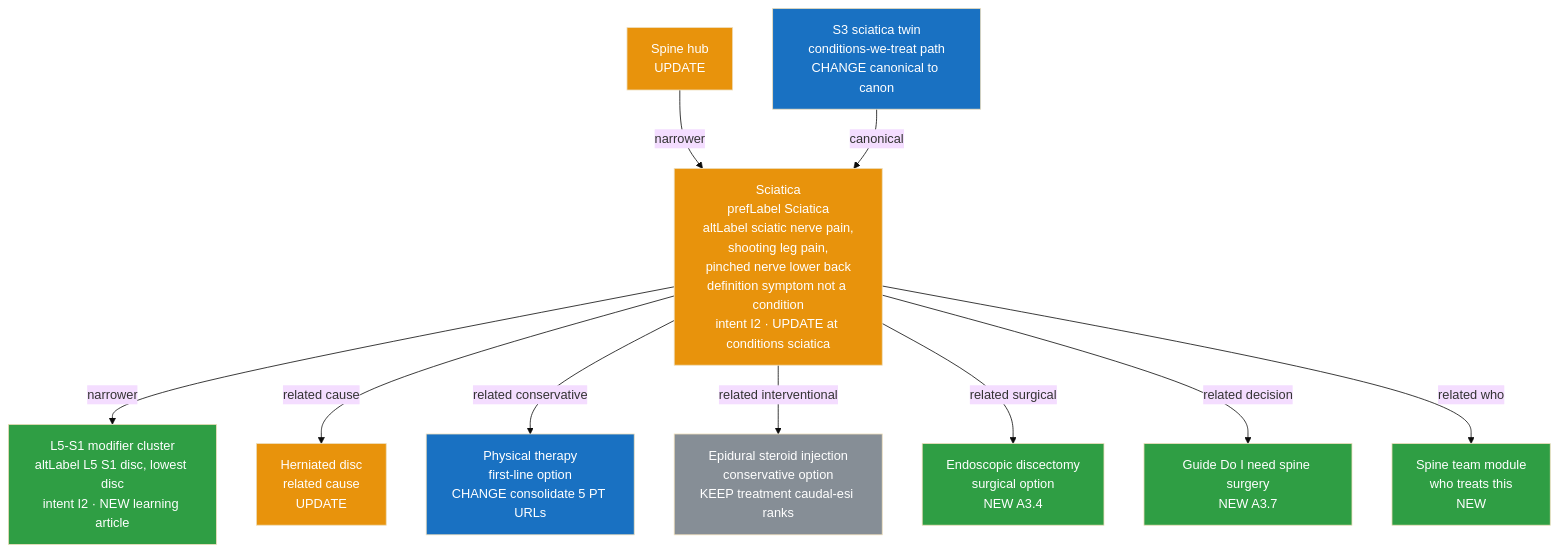
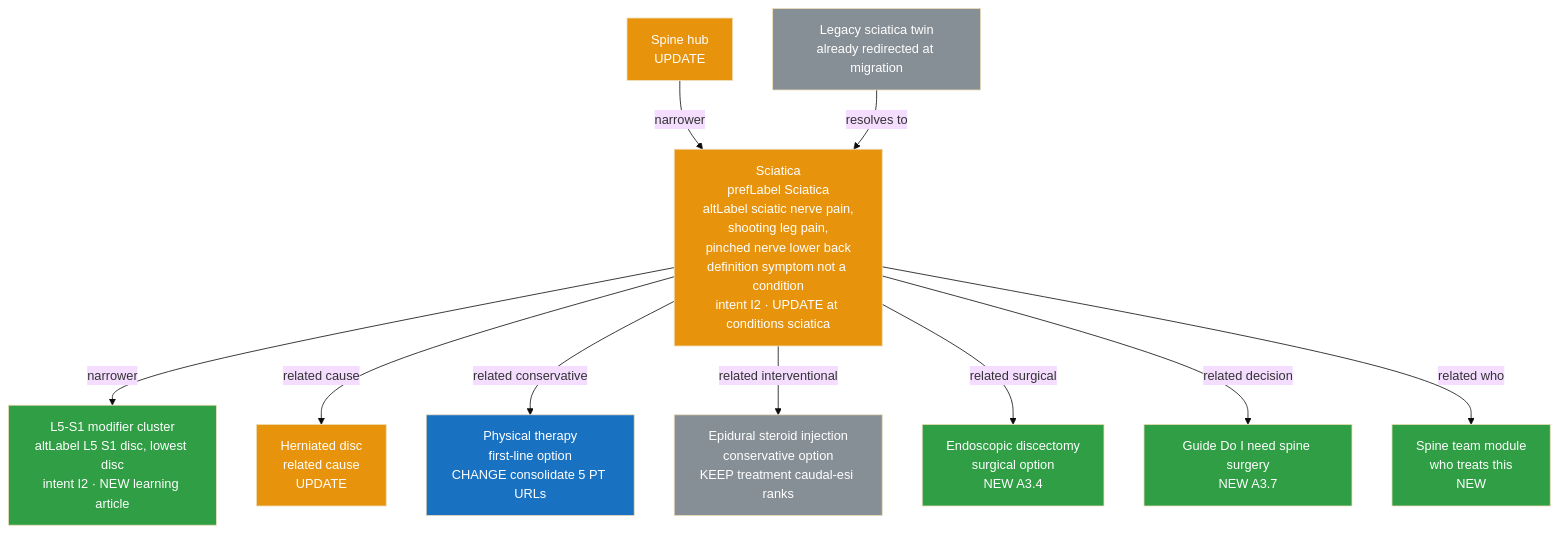
The fourth of 9 diagrams in playbooks/spine-semantic-model.md (JosephAndrewMacLean/SHP), drawn with Mermaid (base theme) before and after one commit. The commit also changed other lines of this file and 5 other files, not shown here.

First line of the commit message:
Correct the record: legacy duplicates were already redirected at migration

````diff
--- a/playbooks/spine-semantic-model.md
+++ b/playbooks/spine-semantic-model.md
@@ -206,32 +207,33 @@
 ```mermaid
 flowchart TD
     HUB[Spine hub<br/>UPDATE]
     SCI[Sciatica<br/>prefLabel Sciatica<br/>altLabel sciatic nerve pain,<br/>shooting leg pain,<br/>pinched nerve lower back<br/>definition symptom not a condition<br/>intent I2 · UPDATE at conditions sciatica]
-    SCITWIN[S3 sciatica twin<br/>conditions-we-treat path<br/>CHANGE canonical to canon]
+    SCITWIN[Legacy sciatica twin<br/>already redirected at migration]
     L5S1[L5-S1 modifier cluster<br/>altLabel L5 S1 disc, lowest disc<br/>intent I2 · NEW learning article]
     HERN[Herniated disc<br/>related cause<br/>UPDATE]
     ESI[Epidural steroid injection<br/>conservative option<br/>KEEP treatment caudal-esi ranks]
     ENDO[Endoscopic discectomy<br/>surgical option<br/>NEW A3.4]
     PT[Physical therapy<br/>first-line option<br/>CHANGE consolidate 5 PT URLs]
     GDO[Guide Do I need spine surgery<br/>NEW A3.7]
     TEAM[Spine team module<br/>who treats this<br/>NEW]
 
     HUB -->|narrower| SCI
-    SCITWIN -->|canonical| SCI
+    SCITWIN -->|resolves to| SCI
     SCI -->|narrower| L5S1
     SCI -->|related cause| HERN
     SCI -->|related conservative| PT
     SCI -->|related interventional| ESI
     SCI -->|related surgical| ENDO
     SCI -->|related decision| GDO
     SCI -->|related who| TEAM
 
     classDef newN fill:#2f9e44,color:#fff
     classDef updN fill:#e8930c,color:#fff
     classDef chgN fill:#1971c2,color:#fff
     classDef keepN fill:#868e96,color:#fff
     class L5S1,ENDO,GDO,TEAM newN
     class SCI,HERN,HUB updN
-    class SCITWIN,PT chgN
+    class PT chgN
+    class SCITWIN keepN
     class ESI keepN
 ```
````
